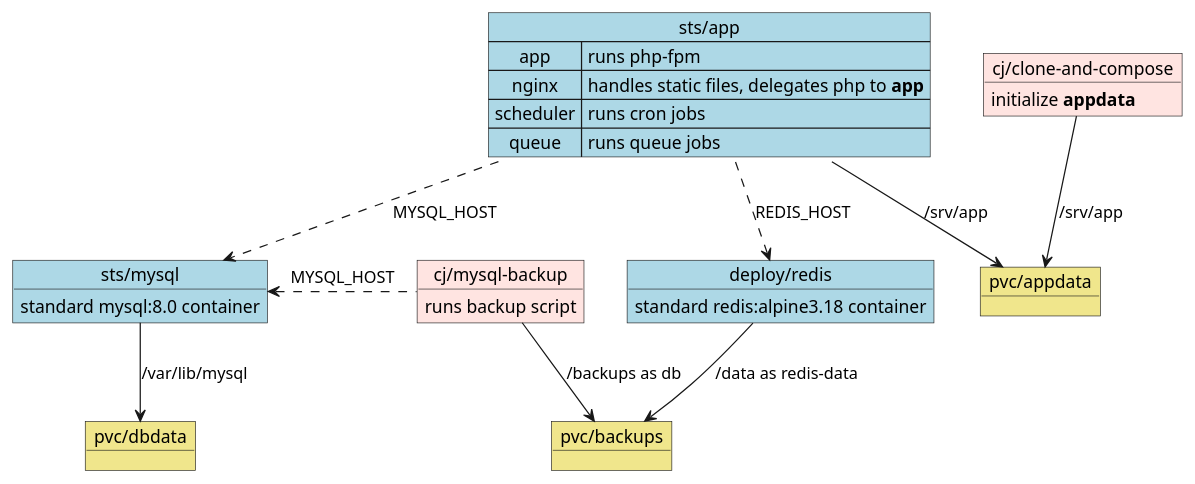
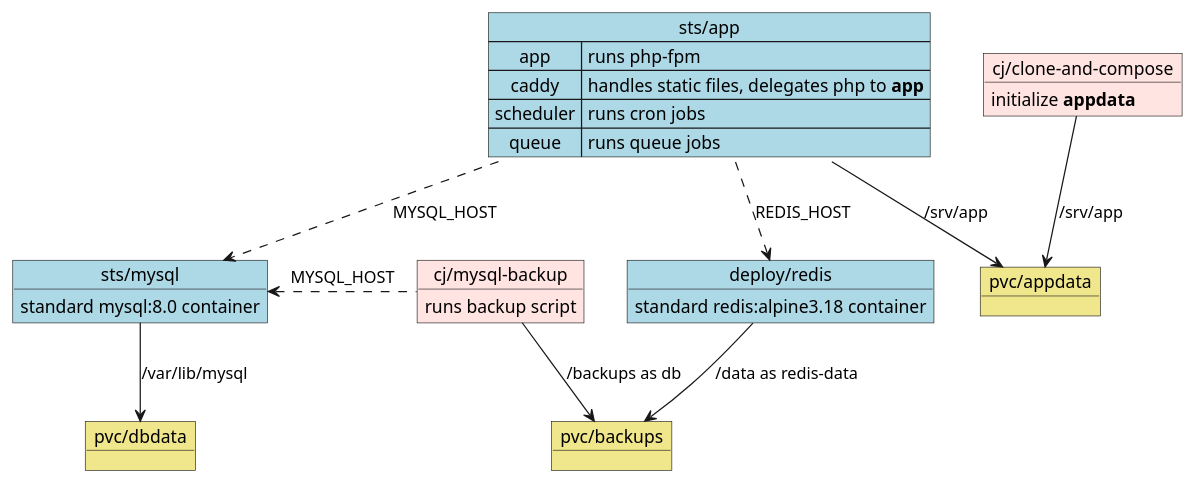
The diagram in structure.plantuml (clingen-data-model/cgwi-php-helm), drawn with PlantUML before and after one commit. The commit also changed 6 other files, not shown here.

Commit message:
Remove nginx option; always serve through Caddy

```diff
--- a/structure.plantuml
+++ b/structure.plantuml
@@ -1,42 +1,42 @@
 @@startuml cgwi-php-helm
 
 map "sts/app" as app #LightBlue {
     app => runs php-fpm
-    nginx => handles static files, delegates php to **app**
+    caddy => handles static files, delegates php to **app**
     scheduler => runs cron jobs
     queue => runs queue jobs
 }
 
 object "pvc/appdata" as appdata #Khaki
 
 object "sts/mysql" as mysql #LightBlue {
     standard mysql:8.0 container
 }
 
 object "pvc/dbdata" as dbdata #Khaki
 
 object "deploy/redis" as redis #LightBlue {
     standard redis:alpine3.18 container
 }
 
 object "pvc/backups" as backups #Khaki
 
 object "cj/clone-and-compose" as cjclonecompose #MistyRose {
     initialize **appdata**
 }
 
 object "cj/mysql-backup" as cjmysqlbackup #MistyRose {
     runs backup script
 }
 
 app --> appdata : /srv/app
 mysql --> dbdata : /var/lib/mysql
 redis --> backups : /data as redis-data
 cjmysqlbackup --> backups : /backups as db
 cjclonecompose --> appdata : /srv/app
 
 cjmysqlbackup .left.> mysql : MYSQL_HOST
 app .down.> mysql : MYSQL_HOST
 app .down.> redis : REDIS_HOST
 
 @@enduml
```
